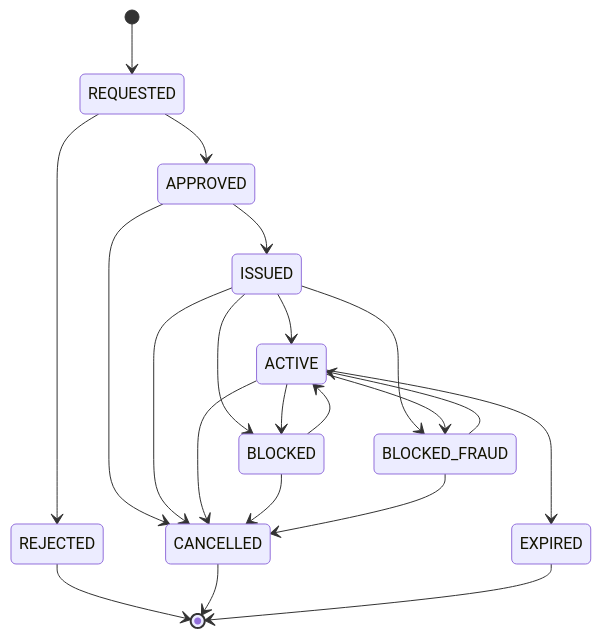
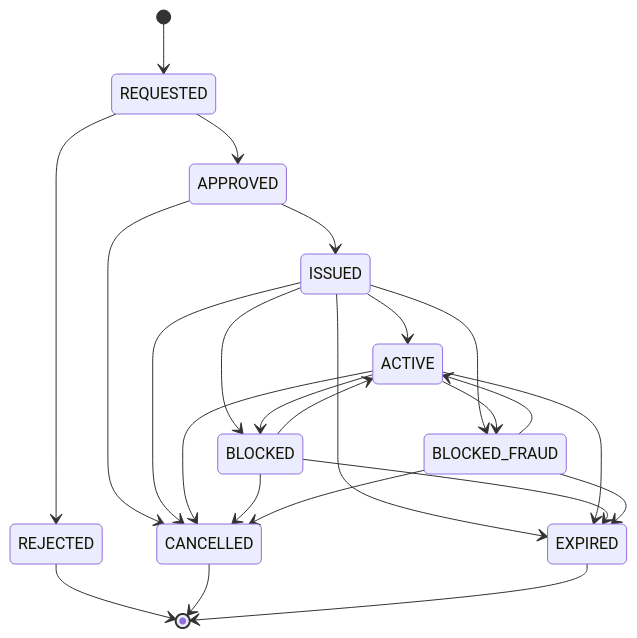
Before and after one commit to creditcard-managment/card-managment-service: the second of 3 diagrams in docs/technical/SHARED.md, drawn with Mermaid. The commit also changed other lines of this file and 19 other files, not shown here.

````diff
--- a/docs/technical/SHARED.md
+++ b/docs/technical/SHARED.md
@@ -218,23 +218,26 @@
 ```mermaid
 stateDiagram-v2
     [*] --> REQUESTED
     REQUESTED --> APPROVED
     REQUESTED --> REJECTED
     APPROVED --> ISSUED
     APPROVED --> CANCELLED
     ISSUED --> ACTIVE
     ISSUED --> BLOCKED
     ISSUED --> BLOCKED_FRAUD
     ISSUED --> CANCELLED
+    ISSUED --> EXPIRED
     ACTIVE --> BLOCKED
     ACTIVE --> BLOCKED_FRAUD
     ACTIVE --> EXPIRED
     ACTIVE --> CANCELLED
     BLOCKED --> ACTIVE
     BLOCKED --> CANCELLED
+    BLOCKED --> EXPIRED
     BLOCKED_FRAUD --> ACTIVE
     BLOCKED_FRAUD --> CANCELLED
+    BLOCKED_FRAUD --> EXPIRED
     REJECTED --> [*]
     CANCELLED --> [*]
     EXPIRED --> [*]
 ```
````
